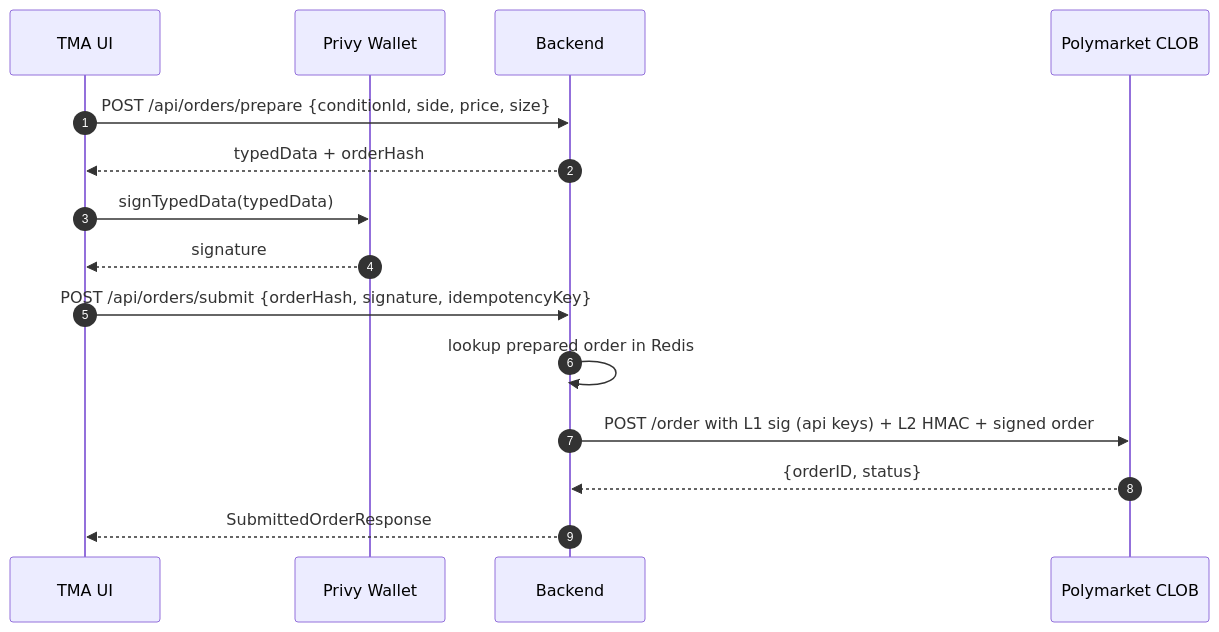
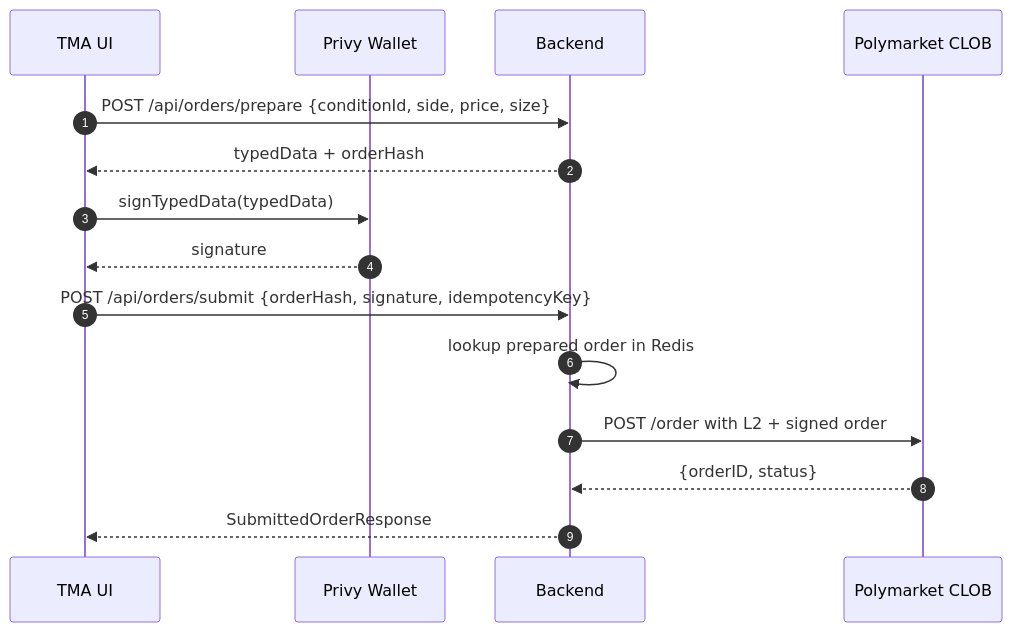
The diagram in docs/trading.md (negriyd/polymarket-tma), drawn with Mermaid before and after one commit. The commit also changed other lines of this file and 2 other files, not shown here.

````diff
--- a/docs/trading.md
+++ b/docs/trading.md
@@ -8,18 +34,18 @@
 ```mermaid
 sequenceDiagram
     autonumber
     participant U as TMA UI
     participant P as Privy Wallet
     participant B as Backend
     participant C as Polymarket CLOB
 
     U->>B: POST /api/orders/prepare {conditionId, side, price, size}
     B-->>U: typedData + orderHash
     U->>P: signTypedData(typedData)
     P-->>U: signature
     U->>B: POST /api/orders/submit {orderHash, signature, idempotencyKey}
     B->>B: lookup prepared order in Redis
-    B->>C: POST /order with L1 sig (api keys) + L2 HMAC + signed order
+    B->>C: POST /order with L2 + signed order
     C-->>B: {orderID, status}
     B-->>U: SubmittedOrderResponse
 ```
````
